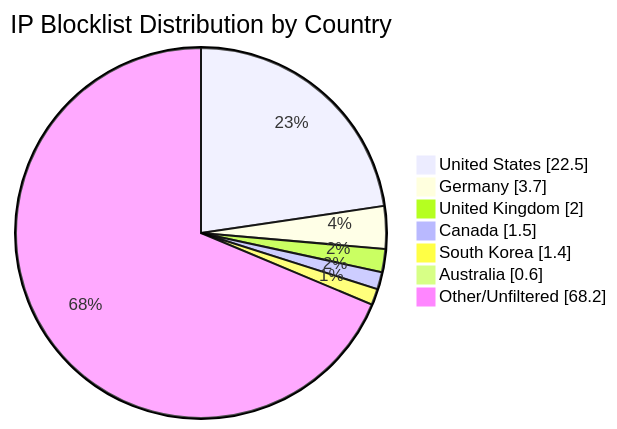
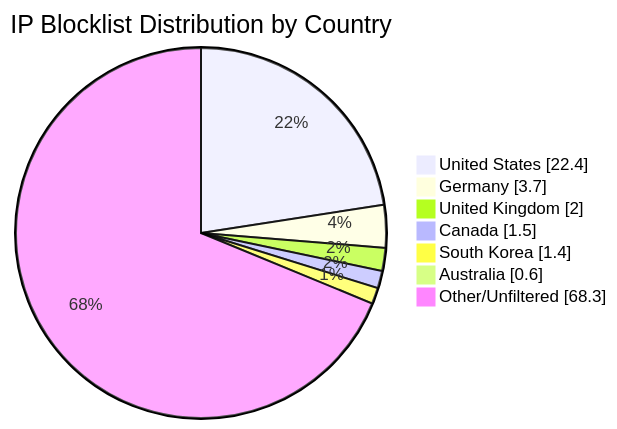
The diagram in README.md (MarcusHoltz/ipblocklist-geofiltered-aggregator), drawn with Mermaid before and after one commit. The commit also changed other lines of this file and 9 other files, not shown here.

````diff
--- a/README.md
+++ b/README.md
@@ -34,10 +34,10 @@
 ```mermaid
 pie showData title IP Blocklist Distribution by Country
-"United States" : 22.5
+"United States" : 22.4
 "Germany" : 3.7
 "United Kingdom" : 2.0
 "Canada" : 1.5
 "South Korea" : 1.4
 "Australia" : 0.6
-"Other/Unfiltered" : 68.2
+"Other/Unfiltered" : 68.3
 ```
````
